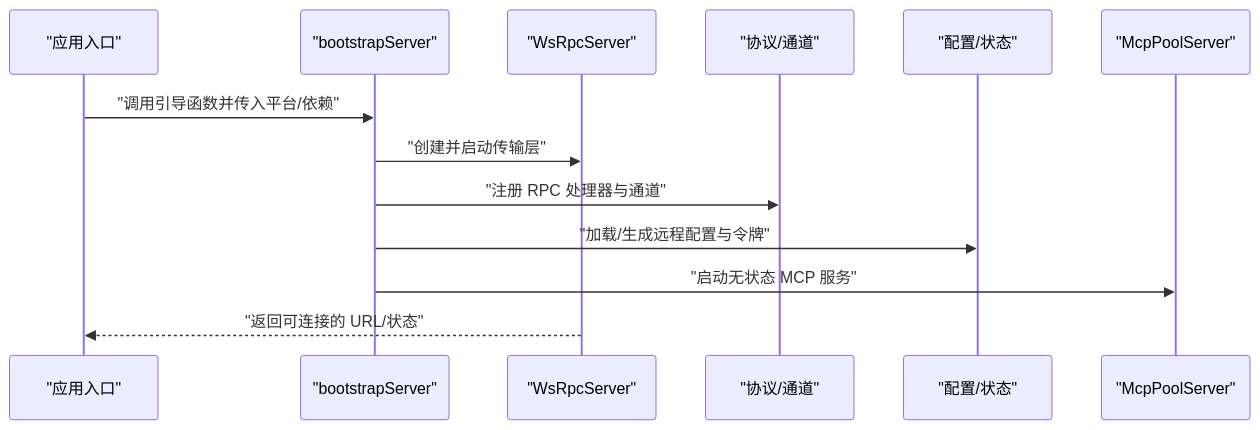
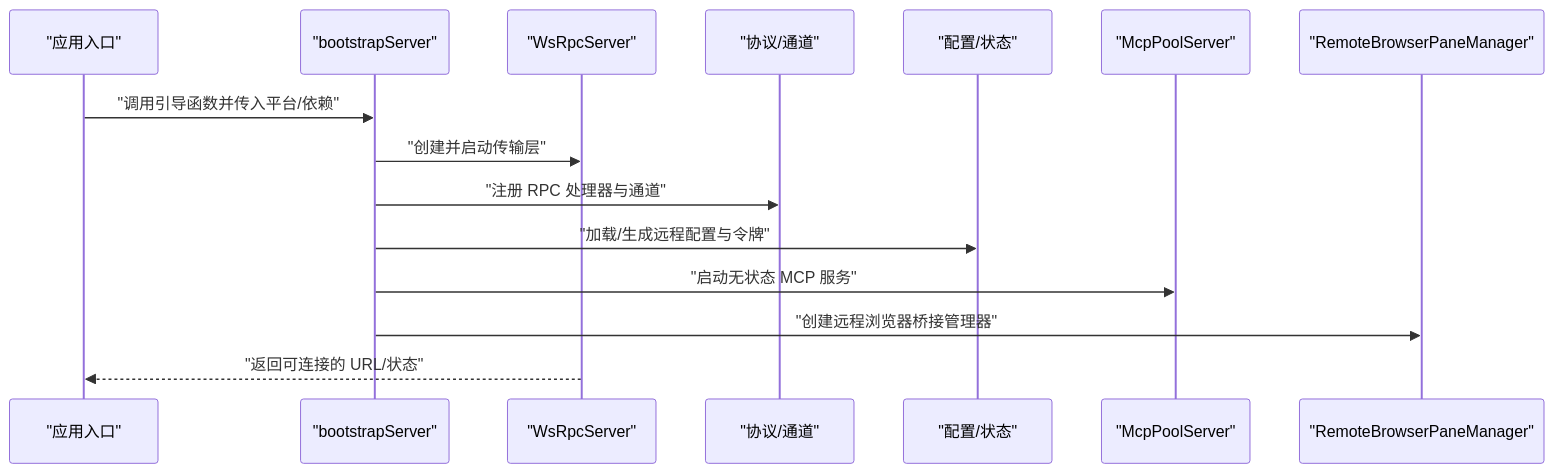
One commit to haolange/craft-agents-oss changed the second of 11 diagrams in .qoder/repowiki/zh/content/服务器架构/服务器核心/服务器核心.md. Above: the diagram before and after it, drawn with Mermaid. The commit also changed other lines of this file and 5 other files, not shown here.

````diff
--- a/.qoder/repowiki/zh/content/服务器架构/服务器核心/服务器核心.md
+++ b/.qoder/repowiki/zh/content/服务器架构/服务器核心/服务器核心.md
@@ -117,15 +142,17 @@
 ```mermaid
 sequenceDiagram
 participant App as "应用入口"
 participant Boot as "bootstrapServer"
 participant Trans as "WsRpcServer"
 participant Proto as "协议/通道"
 participant Cfg as "配置/状态"
 participant MCP as "McpPoolServer"
+participant RBPM as "RemoteBrowserPaneManager"
 App->>Boot : "调用引导函数并传入平台/依赖"
 Boot->>Trans : "创建并启动传输层"
 Boot->>Proto : "注册 RPC 处理器与通道"
 Boot->>Cfg : "加载/生成远程配置与令牌"
 Boot->>MCP : "启动无状态 MCP 服务"
+Boot->>RBPM : "创建远程浏览器桥接管理器"
 Trans-->>App : "返回可连接的 URL/状态"
 ```
````
